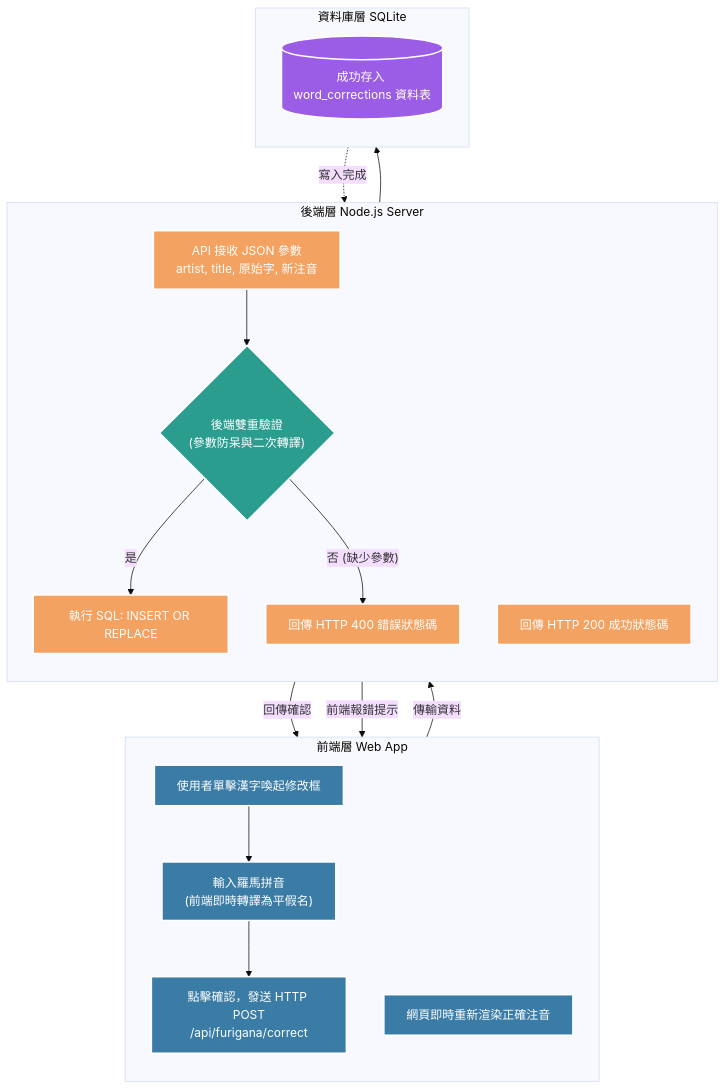
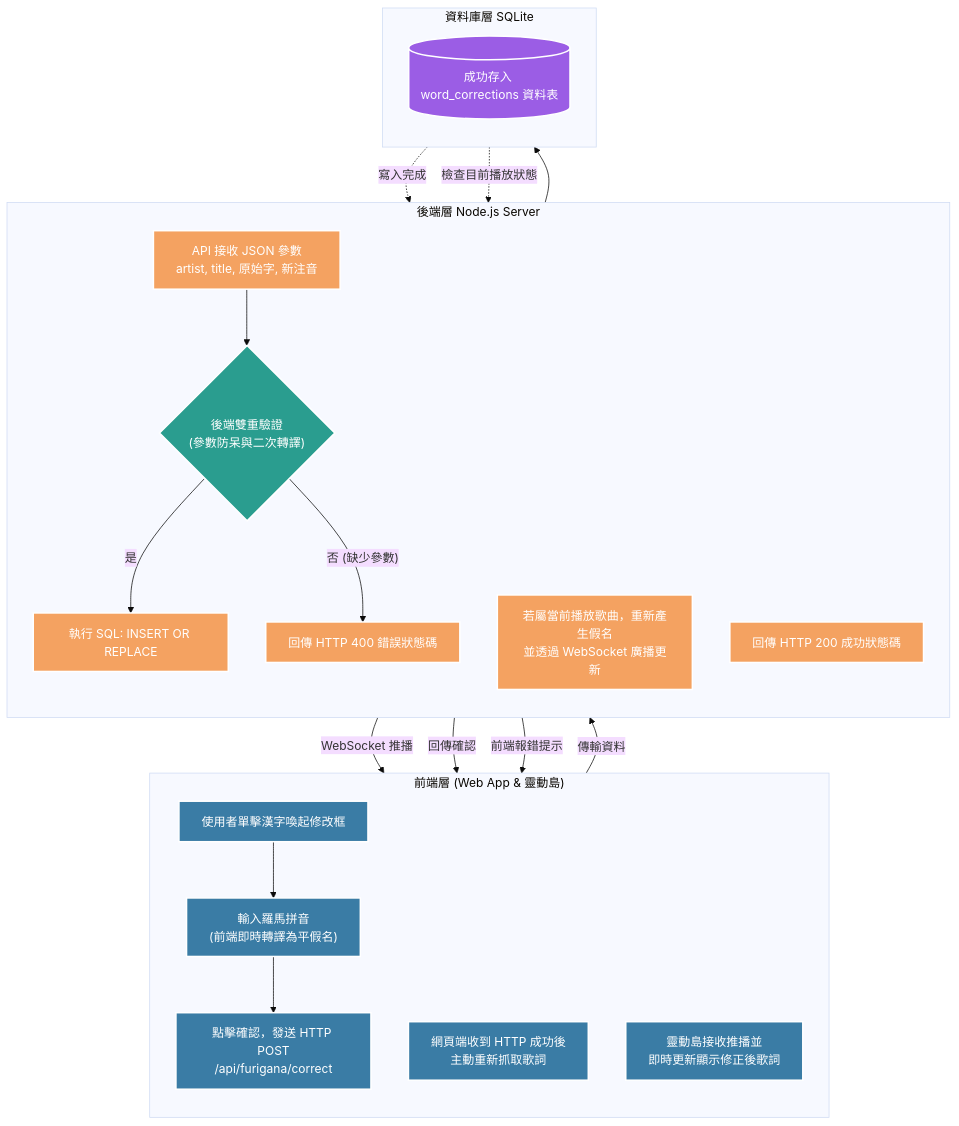
The third of 5 diagrams in README.md (bensionfang/Kanaric), drawn with Mermaid (base theme) before and after one commit. The commit also changed 2 other files, not shown here.

Commit message:
fix: recreate missing config.py, add instant furigana update, and update README flowcharts

````diff
--- a/README.md
+++ b/README.md
@@ -112,40 +112,44 @@
 ```mermaid
 flowchart TD
     classDef frontend fill:#3a7ca5,stroke:#fff,stroke-width:2px,color:#fff
     classDef backend fill:#f4a261,stroke:#fff,stroke-width:2px,color:#fff
     classDef database fill:#9b5de5,stroke:#fff,stroke-width:2px,color:#fff
     classDef condition fill:#2a9d8f,stroke:#fff,stroke-width:2px,color:#fff
 
-    subgraph Frontend ["前端層 Web App"]
+    subgraph Frontend ["前端層 (Web App & 靈動島)"]
         direction TB
         User["使用者單擊漢字喚起修改框"]:::frontend
         Input["輸入羅馬拼音<br>(前端即時轉譯為平假名)"]:::frontend
         Send["點擊確認，發送 HTTP POST<br>/api/furigana/correct"]:::frontend
-        Update["網頁即時重新渲染正確注音"]:::frontend
+        Update["網頁端收到 HTTP 成功後<br>主動重新抓取歌詞"]:::frontend
+        Island["靈動島接收推播並<br>即時更新顯示修正後歌詞"]:::frontend
     end
 
     subgraph Backend ["後端層 Node.js Server"]
         direction TB
         Recv["API 接收 JSON 參數<br>artist, title, 原始字, 新注音"]:::backend
         Cond{"後端雙重驗證<br>(參數防呆與二次轉譯)"}:::condition
         SQL["執行 SQL: INSERT OR REPLACE"]:::backend
+        Broadcast["若屬當前播放歌曲，重新產生假名<br>並透過 WebSocket 廣播更新"]:::backend
         Res["回傳 HTTP 200 成功狀態碼"]:::backend
         Err["回傳 HTTP 400 錯誤狀態碼"]:::backend
     end
 
     subgraph DB ["資料庫層 SQLite"]
         direction TB
         DB_Write[("成功存入 word_corrections 資料表")]:::database
     end
 
     User --> Input
     Input --> Send
     Send -- "傳輸資料" --> Recv
     Recv --> Cond
     Cond -- "是" --> SQL
     Cond -- "否 (缺少參數)" --> Err
     SQL --> DB_Write
     DB_Write -. "寫入完成" .-> Res
+    DB_Write -. "檢查目前播放狀態" .-> Broadcast
+    Broadcast -- "WebSocket 推播" --> Island
     Res -- "回傳確認" --> Update
     Err -- "前端報錯提示" --> User
 ```
````
